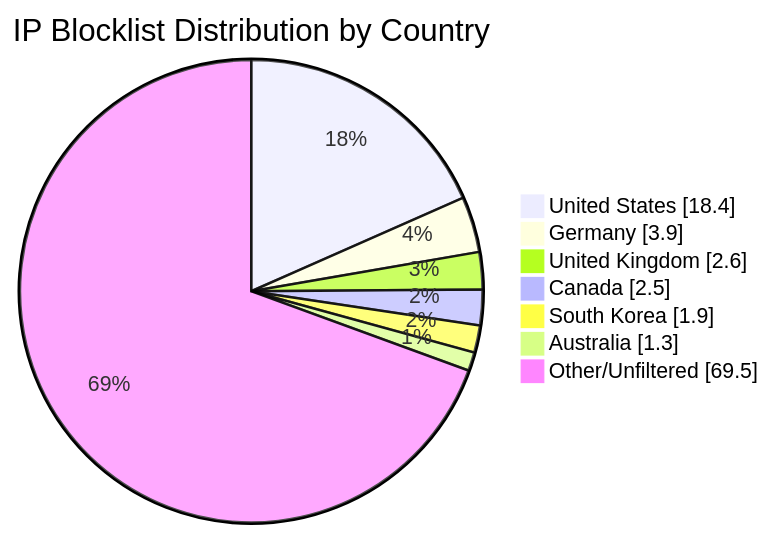
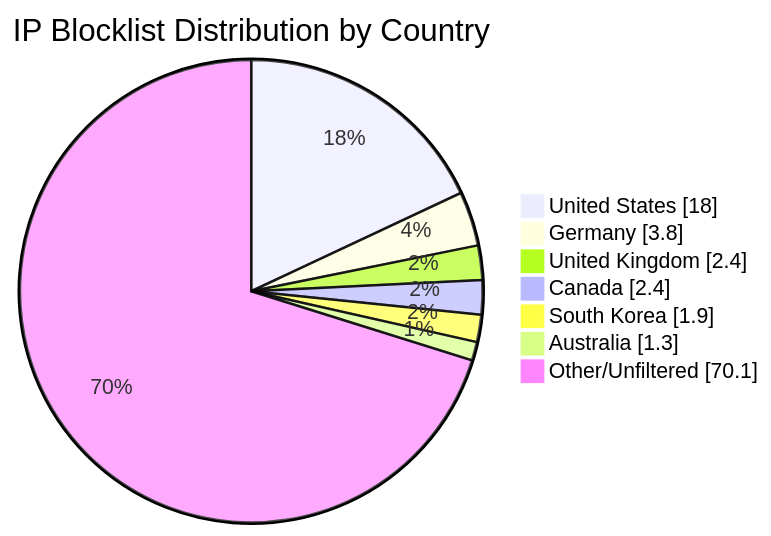
Before and after one commit to MarcusHoltz/ipblocklist-geofiltered-aggregator: the diagram in README.md, drawn with Mermaid. The commit also changed other lines of this file and 9 other files, not shown here.

````diff
--- a/README.md
+++ b/README.md
@@ -34,10 +34,10 @@
 ```mermaid
 pie showData title IP Blocklist Distribution by Country
-"United States" : 18.4
-"Germany" : 3.9
-"United Kingdom" : 2.6
-"Canada" : 2.5
+"United States" : 18.0
+"Germany" : 3.8
+"United Kingdom" : 2.4
+"Canada" : 2.4
 "South Korea" : 1.9
 "Australia" : 1.3
-"Other/Unfiltered" : 69.5
+"Other/Unfiltered" : 70.1
 ```
````
